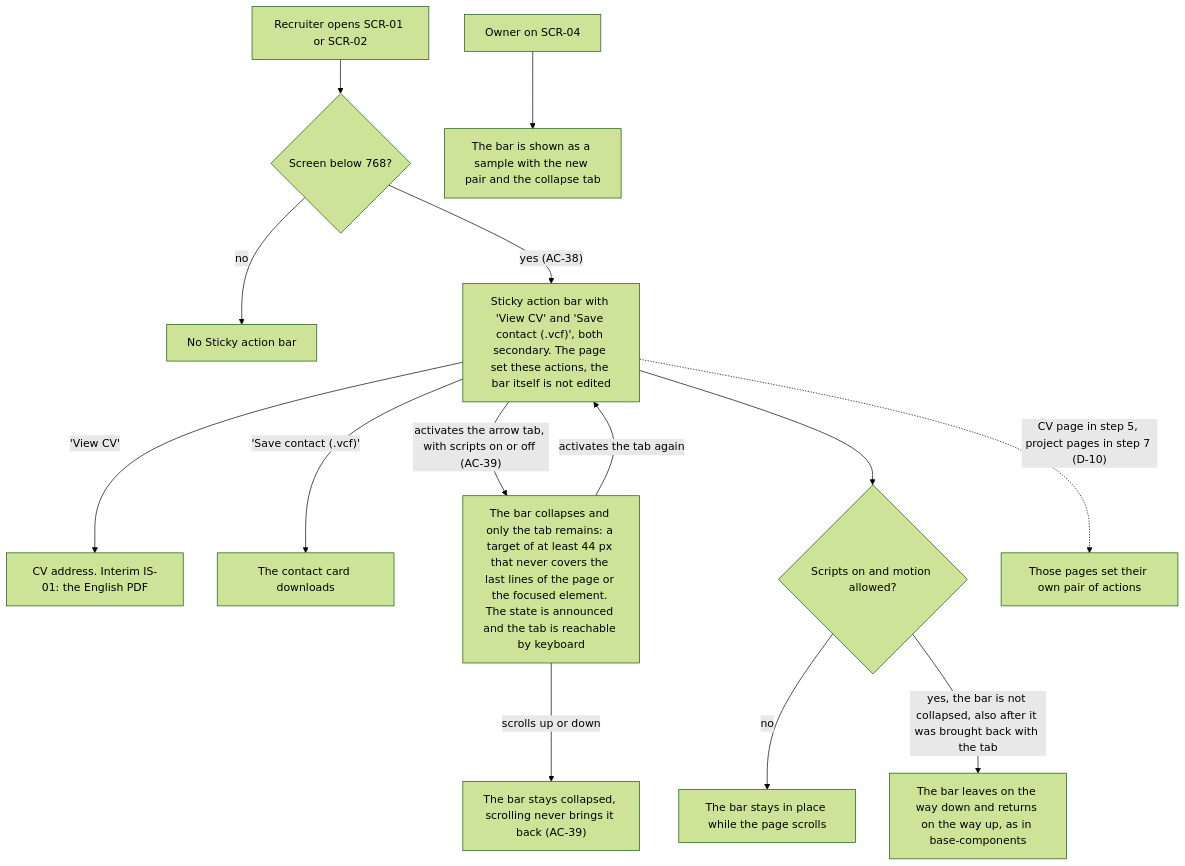
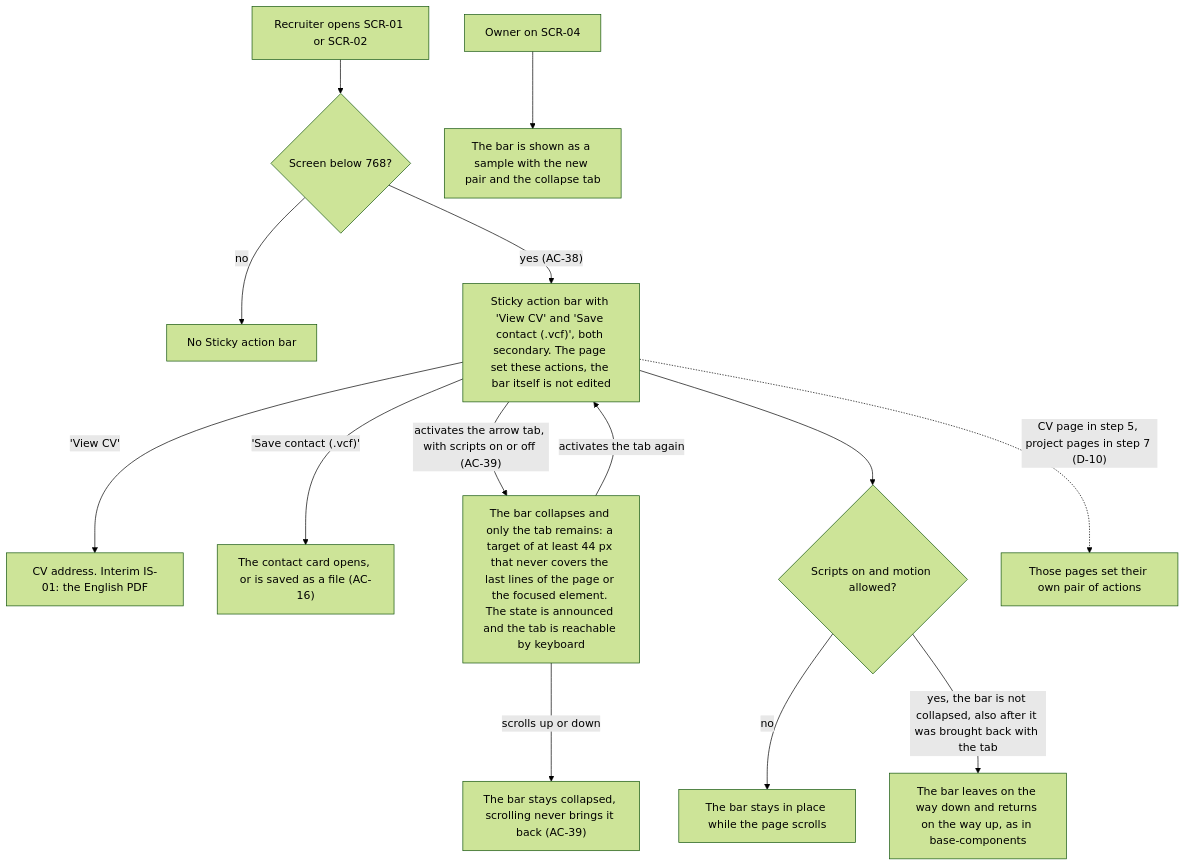
The tenth of 10 diagrams in docs/features/home/ux-flows.md (Ponomaleks/alpon.dev), drawn with Mermaid (forest theme) before and after one commit. The commit also changed other lines of this file and 19 other files, not shown here.

First line of the commit message:
feat(home): Open the contact card instead of downloading it

````diff
--- a/docs/features/home/ux-flows.md
+++ b/docs/features/home/ux-flows.md
@@ -230,16 +230,16 @@
 ```mermaid
 flowchart TD
     A["Recruiter opens SCR-01 or SCR-02"] --> B{"Screen below 768?"}
     B -->|"no"| X["No Sticky action bar"]
     B -->|"yes (AC-38)"| C["Sticky action bar with 'View CV' and 'Save contact (.vcf)', both secondary. The page set these actions, the bar itself is not edited"]
     C -->|"'View CV'"| V["CV address. Interim IS-01: the English PDF"]
-    C -->|"'Save contact (.vcf)'"| D["The contact card downloads"]
+    C -->|"'Save contact (.vcf)'"| D["The contact card opens, or is saved as a file (AC-16)"]
     C -->|"activates the arrow tab, with scripts on or off (AC-39)"| T["The bar collapses and only the tab remains: a target of at least 44 px that never covers the last lines of the page or the focused element. The state is announced and the tab is reachable by keyboard"]
     T -->|"activates the tab again"| C
     T -->|"scrolls up or down"| T2["The bar stays collapsed, scrolling never brings it back (AC-39)"]
     C --> S{"Scripts on and motion allowed?"}
     S -->|"no"| S1["The bar stays in place while the page scrolls"]
     S -->|"yes, the bar is not collapsed, also after it was brought back with the tab"| S2["The bar leaves on the way down and returns on the way up, as in base-components"]
     C -.->|"CV page in step 5, project pages in step 7 (D-10)"| L["Those pages set their own pair of actions"]
     O["Owner on SCR-04"] --> O1["The bar is shown as a sample with the new pair and the collapse tab"]
 ```
````
